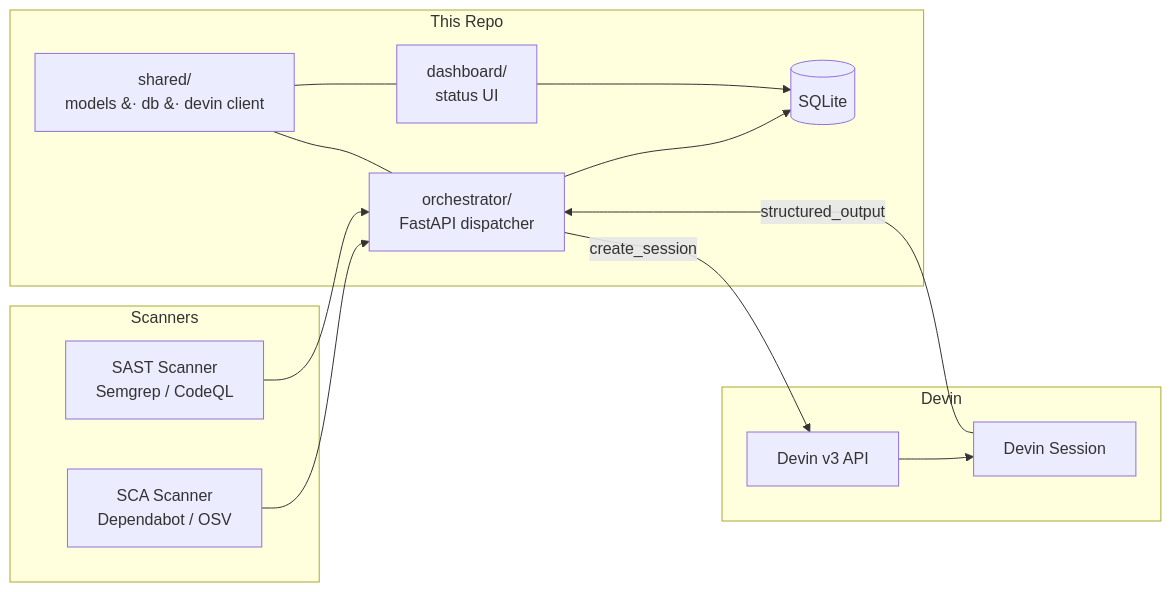
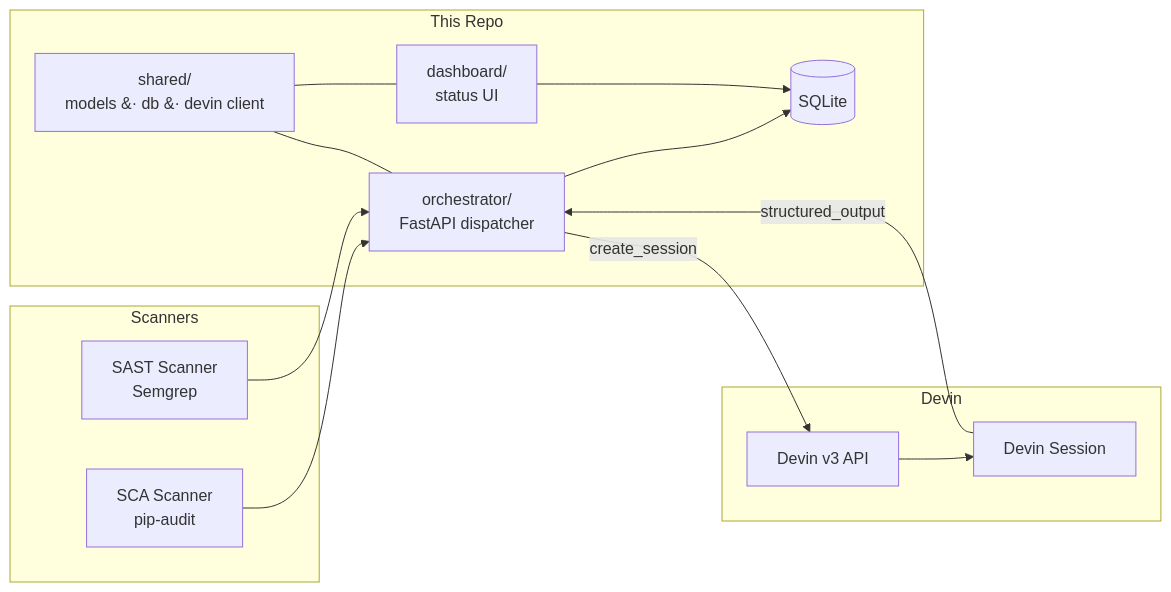
The diagram in README.md (michaelszhu/remediation-automation), drawn with Mermaid before and after one commit. The commit also changed other lines of this file, not shown here.

````diff
--- a/README.md
+++ b/README.md
@@ -10,29 +112,29 @@
 ```mermaid
 flowchart LR
     subgraph Scanners
-        SCA[SCA Scanner<br/>Dependabot / OSV]
-        SAST[SAST Scanner<br/>Semgrep / CodeQL]
+        SCA[SCA Scanner<br/>pip-audit]
+        SAST[SAST Scanner<br/>Semgrep]
     end
 
     subgraph This Repo
         Shared[shared/<br/>models &#183; db &#183; devin client]
         Orch[orchestrator/<br/>FastAPI dispatcher]
         Dash[dashboard/<br/>status UI]
         DB[(SQLite)]
     end
 
     subgraph Devin
         API[Devin v3 API]
         Session[Devin Session]
     end
 
     SCA --> Orch
     SAST --> Orch
     Orch -->|create_session| API
     API --> Session
     Session -->|structured_output| Orch
     Orch --> DB
     Shared --- Orch
     Shared --- Dash
     Dash --> DB
 ```
````
